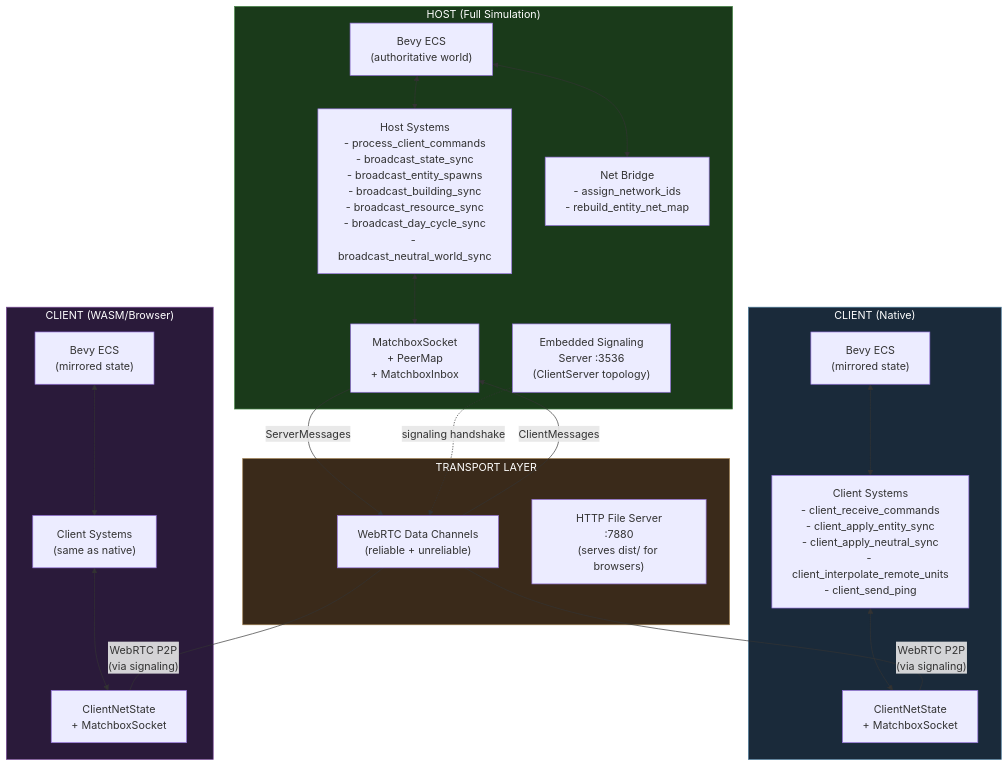
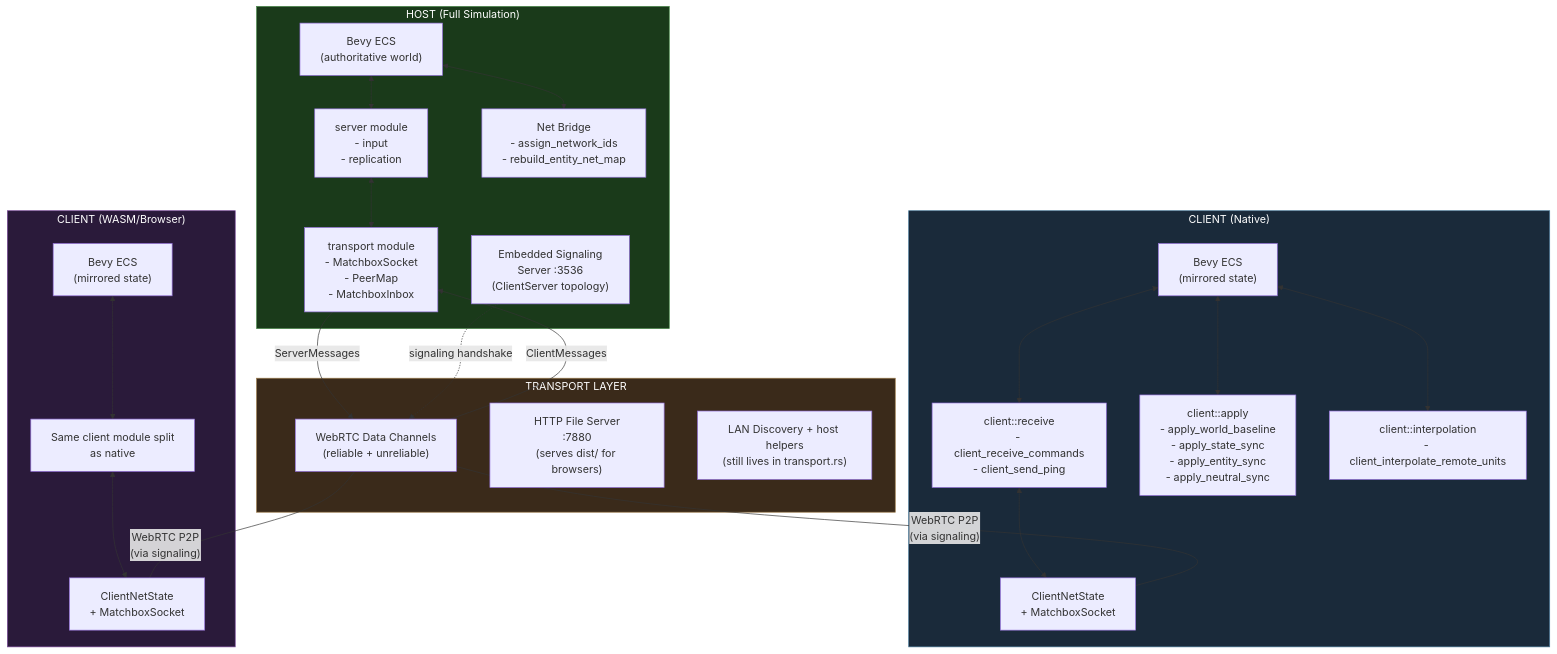
One commit to pashaydev/RTS changed the first of 11 diagrams in docs/multiplayer-architecture.md. Above: the diagram before and after it, drawn with Mermaid. The commit also changed other lines of this file and 11 other files, not shown here.

````diff
--- a/docs/multiplayer-architecture.md
+++ b/docs/multiplayer-architecture.md
@@ -13,48 +13,53 @@
 ```mermaid
 flowchart TB
     subgraph Host["HOST (Full Simulation)"]
         ECS["Bevy ECS\n(authoritative world)"]
-        HS["Host Systems\n- process_client_commands\n- broadcast_state_sync\n- broadcast_entity_spawns\n- broadcast_building_sync\n- broadcast_resource_sync\n- broadcast_day_cycle_sync\n- broadcast_neutral_world_sync"]
+        SRV["server module\n- input\n- replication"]
         NB["Net Bridge\n- assign_network_ids\n- rebuild_entity_net_map"]
-        MBX["MatchboxSocket\n+ PeerMap\n+ MatchboxInbox"]
+        MBX["transport module\n- MatchboxSocket\n- PeerMap\n- MatchboxInbox"]
         SIG["Embedded Signaling\nServer :3536\n(ClientServer topology)"]
 
-        ECS <--> HS
+        ECS <--> SRV
         ECS <--> NB
-        HS <--> MBX
+        SRV <--> MBX
     end
 
     subgraph Transport["TRANSPORT LAYER"]
         WEBRTC["WebRTC Data Channels\n(reliable + unreliable)"]
         HTTP["HTTP File Server\n:7880\n(serves dist/ for browsers)"]
+        LAN["LAN Discovery + host helpers\n(still lives in transport.rs)"]
     end
 
     subgraph Client1["CLIENT (Native)"]
         CECS1["Bevy ECS\n(mirrored state)"]
-        CS1["Client Systems\n- client_receive_commands\n- client_apply_entity_sync\n- client_apply_neutral_sync\n- client_interpolate_remote_units\n- client_send_ping"]
+        CR1["client::receive\n- client_receive_commands\n- client_send_ping"]
+        CA1["client::apply\n- apply_world_baseline\n- apply_state_sync\n- apply_entity_sync\n- apply_neutral_sync"]
+        CI1["client::interpolation\n- client_interpolate_remote_units"]
         CNS1["ClientNetState\n+ MatchboxSocket"]
-        CECS1 <--> CS1
-        CS1 <--> CNS1
+        CECS1 <--> CR1
+        CECS1 <--> CA1
+        CECS1 <--> CI1
+        CR1 <--> CNS1
     end
 
     subgraph Client2["CLIENT (WASM/Browser)"]
         CECS2["Bevy ECS\n(mirrored state)"]
-        CS2["Client Systems\n(same as native)"]
+        CS2["Same client module split\nas native"]
         CNS2["ClientNetState\n+ MatchboxSocket"]
         CECS2 <--> CS2
         CS2 <--> CNS2
     end
 
     MBX -->|ServerMessages| WEBRTC
     WEBRTC -->|ClientMessages| MBX
 
     WEBRTC ---|"WebRTC P2P\n(via signaling)"| CNS1
     WEBRTC ---|"WebRTC P2P\n(via signaling)"| CNS2
 
     SIG -.->|"signaling handshake"| WEBRTC
 
     style Host fill:#1a3a1a,stroke:#4a8a4a,color:#fff
     style Client1 fill:#1a2a3a,stroke:#4a7a9a,color:#fff
     style Client2 fill:#2a1a3a,stroke:#7a4a9a,color:#fff
     style Transport fill:#3a2a1a,stroke:#9a7a4a,color:#fff
 ```
````
